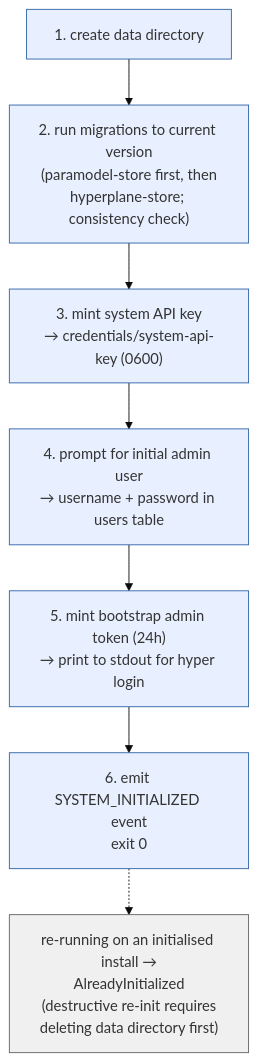
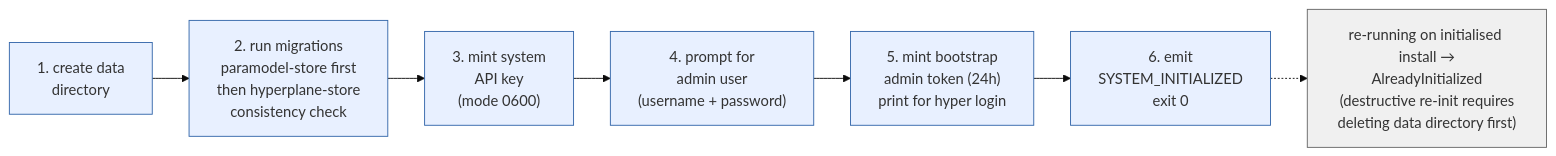
The diagram in docs/design/diagrams/SRD-0112/bootstrap-init.mmd (nosqlbench/hyperplane-rs), drawn with Mermaid (base theme) before and after one commit. The commit also changed 36 other files, not shown here.

Commit message:
diagram fixes

```diff
--- a/docs/design/diagrams/SRD-0112/bootstrap-init.mmd
+++ b/docs/design/diagrams/SRD-0112/bootstrap-init.mmd
@@ -1,19 +1,20 @@
 %% Copyright (c) Jonathan Shook
 %% SPDX-License-Identifier: Apache-2.0
-flowchart TB
-    S1["1. create data directory"]
-    S2["2. run migrations to current version<br/>(paramodel-store first, then<br/>hyperplane-store; consistency check)"]
-    S3["3. mint system API key<br/>→ credentials/system-api-key (0600)"]
-    S4["4. prompt for initial admin user<br/>→ username + password in users table"]
-    S5["5. mint bootstrap admin token (24h)<br/>→ print to stdout for hyper login"]
-    S6["6. emit SYSTEM_INITIALIZED event<br/>exit 0"]
+%%{init: {'flowchart': {'nodeSpacing': 30, 'rankSpacing': 40}}}%%
+flowchart LR
+    S1["1. create data<br/>directory"]
+    S2["2. run migrations<br/>paramodel-store first<br/>then hyperplane-store<br/>consistency check"]
+    S3["3. mint system<br/>API key<br/>(mode 0600)"]
+    S4["4. prompt for<br/>admin user<br/>(username + password)"]
+    S5["5. mint bootstrap<br/>admin token (24h)<br/>print for hyper login"]
+    S6["6. emit<br/>SYSTEM_INITIALIZED<br/>exit 0"]
 
     S1 --> S2 --> S3 --> S4 --> S5 --> S6
 
-    Note["re-running on an initialised install →<br/>AlreadyInitialized<br/>(destructive re-init requires<br/>deleting data directory first)"]
+    Note["re-running on initialised install →<br/>AlreadyInitialized<br/>(destructive re-init requires<br/>deleting data directory first)"]
     S6 -.-> Note
 
     classDef step fill:#e8f0ff,stroke:#3366aa
     classDef note fill:#f0f0f0,stroke:#666
     class S1,S2,S3,S4,S5,S6 step
     class Note note
```
